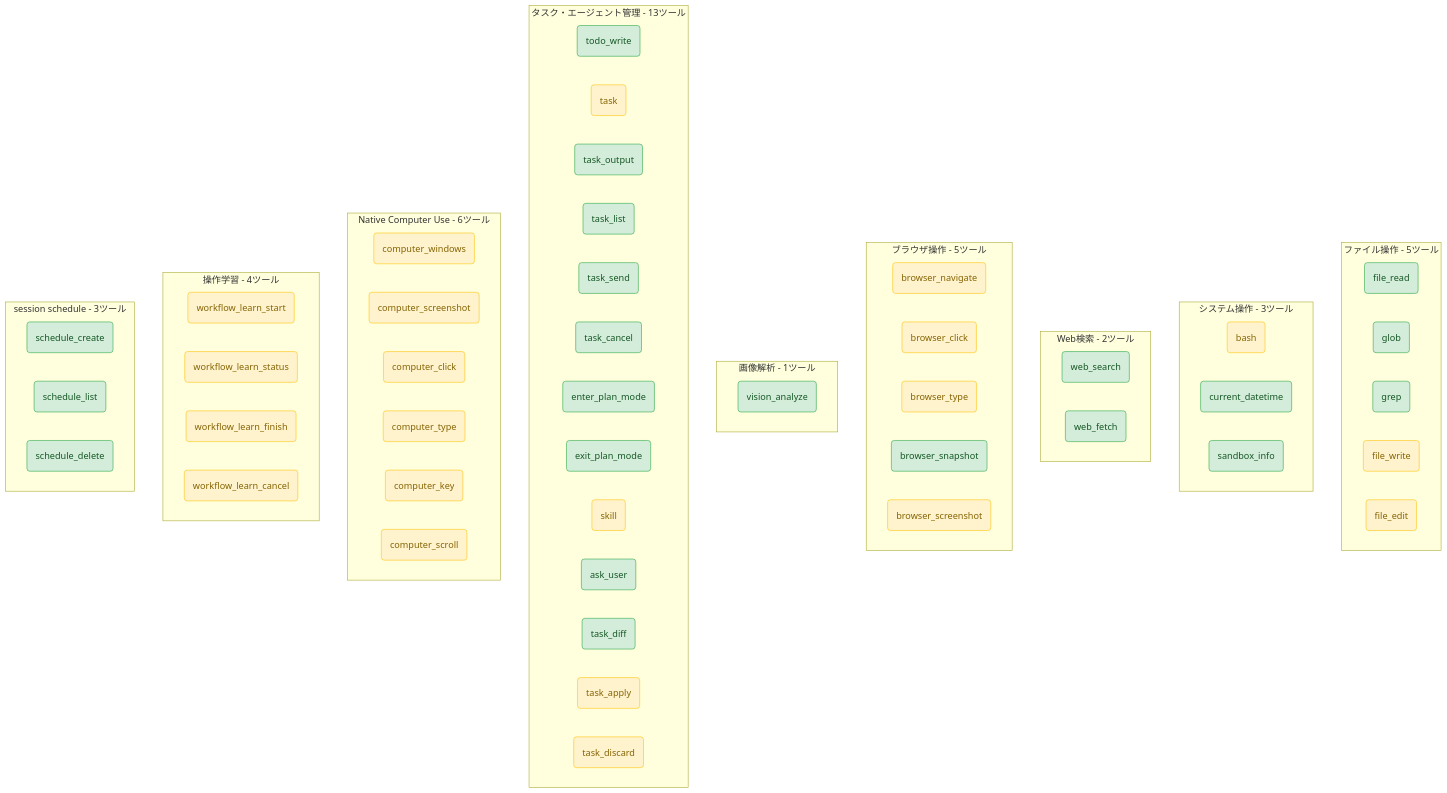
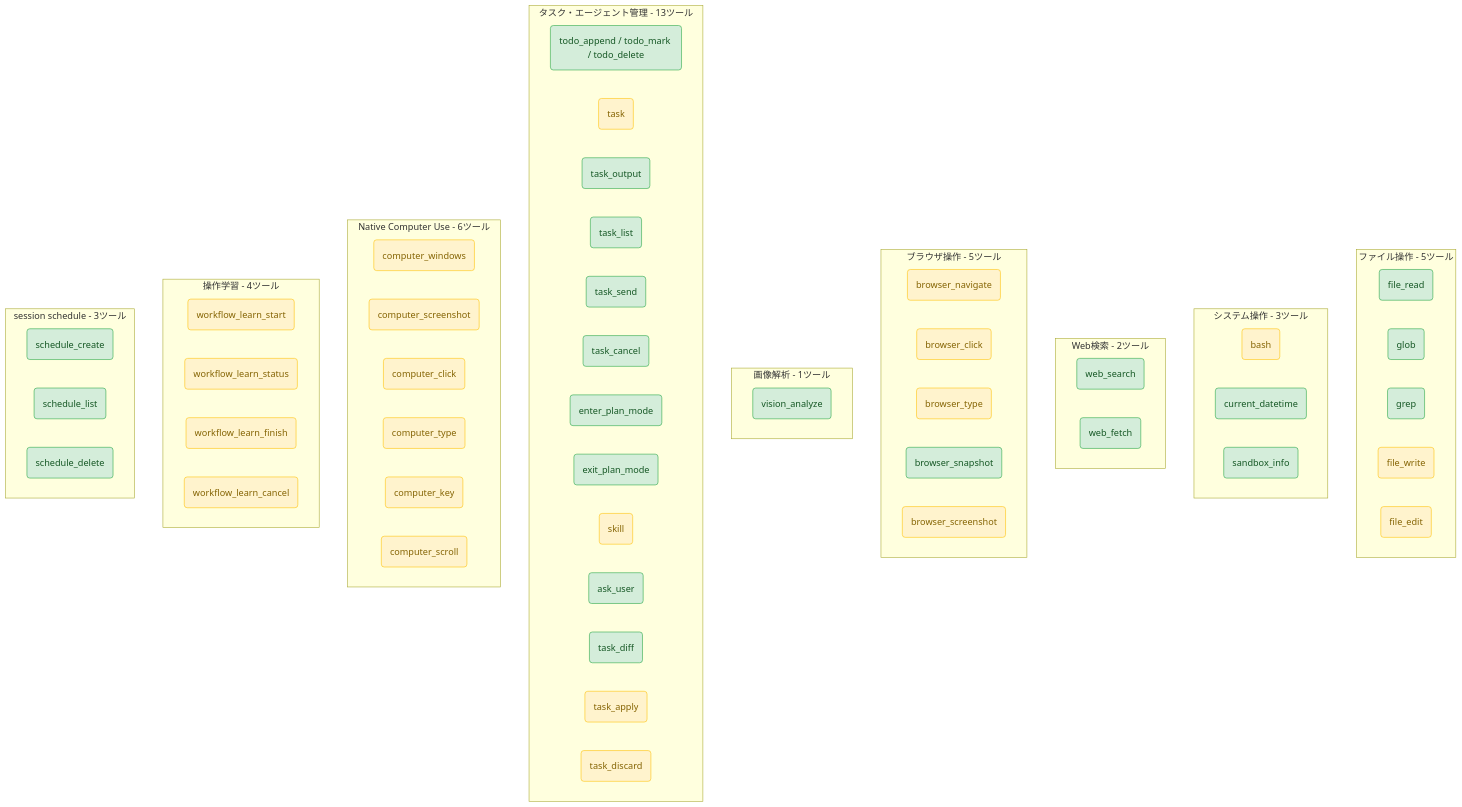
One commit to t2k2pp/lllmAgents changed the fourth of 5 diagrams in docs/external_design.md. Above: the diagram before and after it, drawn with Mermaid. The commit also changed other lines of this file and 66 other files, not shown here.

````diff
--- a/docs/external_design.md
+++ b/docs/external_design.md
@@ -195,74 +194,74 @@
 ```mermaid
 graph TD
     classDef safe fill:#d4edda,stroke:#28a745,color:#155724;
     classDef ask fill:#fff3cd,stroke:#ffc107,color:#856404;
 
     subgraph Filesystem [ファイル操作 - 5ツール]
         F1(file_read):::safe
         F2(glob):::safe
         F3(grep):::safe
         F4(file_write):::ask
         F5(file_edit):::ask
     end
 
     subgraph System [システム操作 - 3ツール]
         S1(bash):::ask
         S2(current_datetime):::safe
         S3(sandbox_info):::safe
     end
 
     subgraph Web [Web検索 - 2ツール]
         W1(web_search):::safe
         W2(web_fetch):::safe
     end
 
     subgraph Browser [ブラウザ操作 - 5ツール]
         B1(browser_navigate):::ask
         B2(browser_click):::ask
         B3(browser_type):::ask
         B4(browser_snapshot):::safe
         B5(browser_screenshot):::ask
     end
 
     subgraph Vision [画像解析 - 1ツール]
         V1(vision_analyze):::safe
     end
 
     subgraph AgentTools [タスク・エージェント管理 - 13ツール]
-        A1(todo_write):::safe
+        A1(todo_append / todo_mark / todo_delete):::safe
         A2(task):::ask
         A3(task_output):::safe
         A4(task_list):::safe
         A5(task_send):::safe
         A6(task_cancel):::safe
         A7(enter_plan_mode):::safe
         A8(exit_plan_mode):::safe
         A9(skill):::ask
         A10(ask_user):::safe
         A11(task_diff):::safe
         A12(task_apply):::ask
         A13(task_discard):::ask
     end
 
     subgraph Computer [Native Computer Use - 6ツール]
         CU1(computer_windows):::ask
         CU2(computer_screenshot):::ask
         CU3(computer_click):::ask
         CU4(computer_type):::ask
         CU5(computer_key):::ask
         CU6(computer_scroll):::ask
     end
 
     subgraph WorkflowLearning [操作学習 - 4ツール]
         WL1(workflow_learn_start):::ask
         WL2(workflow_learn_status):::ask
         WL3(workflow_learn_finish):::ask
         WL4(workflow_learn_cancel):::ask
     end
 
     subgraph Schedule [session schedule - 3ツール]
         C1(schedule_create):::safe
         C2(schedule_list):::safe
         C3(schedule_delete):::safe
     end
 ```
````
